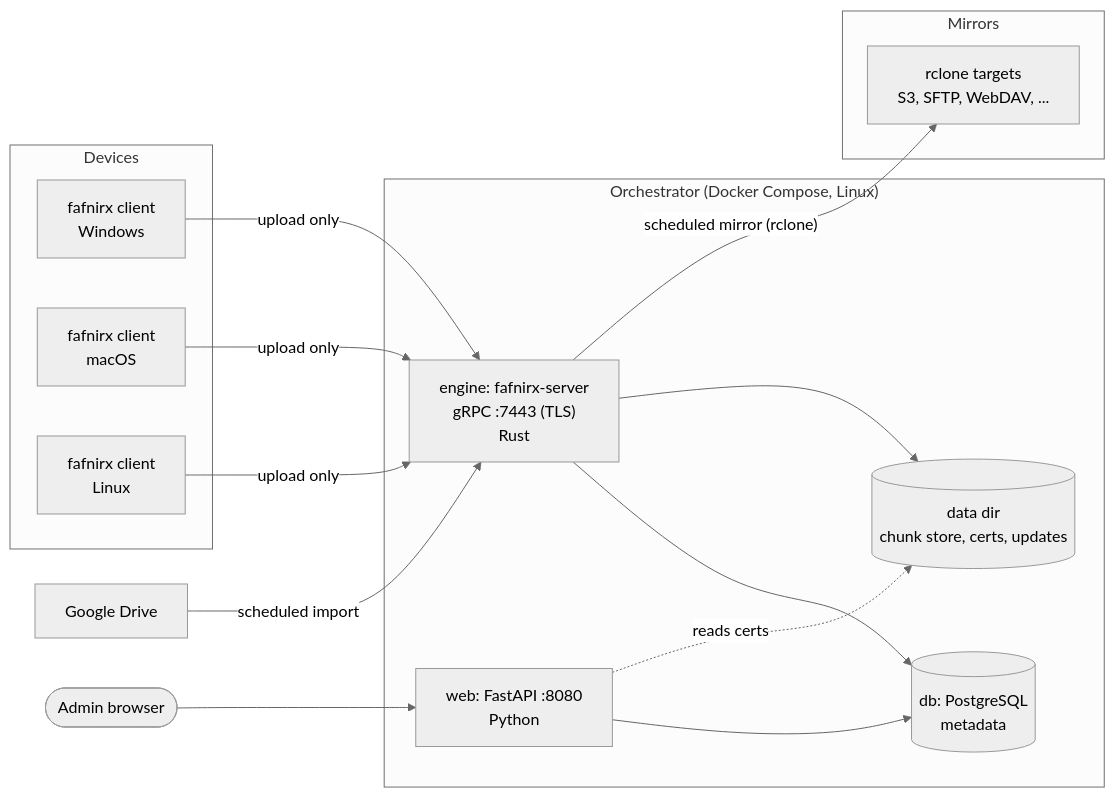
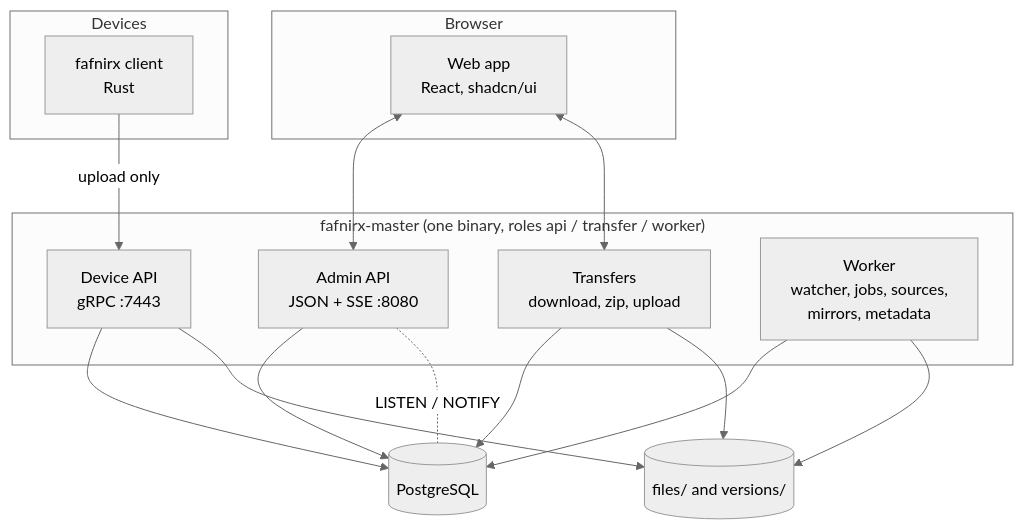
Before and after one commit to jameelhamdan/fafnirx: the first of 3 diagrams in docs/architecture.md, drawn with Mermaid (neutral theme). The commit also changed other lines of this file and 221 other files, not shown here.

````diff
--- a/docs/architecture.md
+++ b/docs/architecture.md
@@ -5,29 +3,25 @@
 ```mermaid
-flowchart LR
-    subgraph Devices
-        C1["fafnirx client<br/>Windows"]
-        C2["fafnirx client<br/>macOS"]
-        C3["fafnirx client<br/>Linux"]
+flowchart TB
+    subgraph DEVICES["Devices"]
+        C["fafnirx client<br/>Rust"]
     end
-
-    subgraph Orchestrator["Orchestrator (Docker Compose, Linux)"]
-        ENG["engine: fafnirx-server<br/>gRPC :7443 (TLS)<br/>Rust"]
-        WEB["web: FastAPI :8080<br/>Python"]
-        PG[("db: PostgreSQL<br/>metadata")]
-        FS[("data dir<br/>chunk store, certs, updates")]
-        ENG --> PG
-        ENG --> FS
-        WEB --> PG
-        WEB -. "reads certs" .-> FS
+    subgraph BROWSER["Browser"]
+        W["Web app<br/>React, shadcn/ui"]
     end
-
-    GD["Google Drive"]
-    subgraph Mirrors
-        RC["rclone targets<br/>S3, SFTP, WebDAV, ..."]
+    subgraph MASTER["fafnirx-master (one binary, roles api / transfer / worker)"]
+        GRPC["Device API<br/>gRPC :7443"]
+        API["Admin API<br/>JSON + SSE :8080"]
+        XFER["Transfers<br/>download, zip, upload"]
+        WORK["Worker<br/>watcher, jobs, sources,<br/>mirrors, metadata"]
     end
-
-    C1 & C2 & C3 -- "upload only" --> ENG
-    GD -- "scheduled import" --> ENG
-    ENG -- "scheduled mirror (rclone)" --> RC
-    ADMIN(["Admin browser"]) --> WEB
+    PG[("PostgreSQL")]
+    FS[("files/ and versions/")]
+    C -- "upload only" --> GRPC
+    W <--> API
+    W <--> XFER
+    GRPC --> PG & FS
+    API --> PG
+    XFER --> PG & FS
+    WORK --> PG & FS
+    API -. "LISTEN / NOTIFY" .- PG
 ```
````
